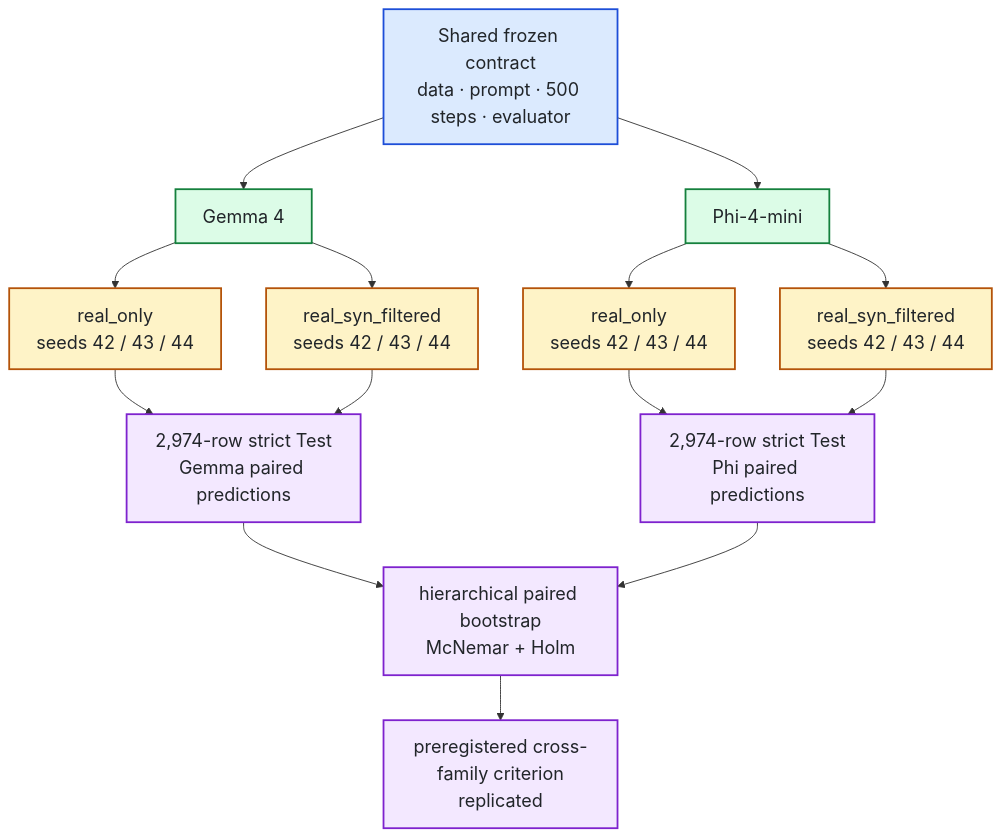
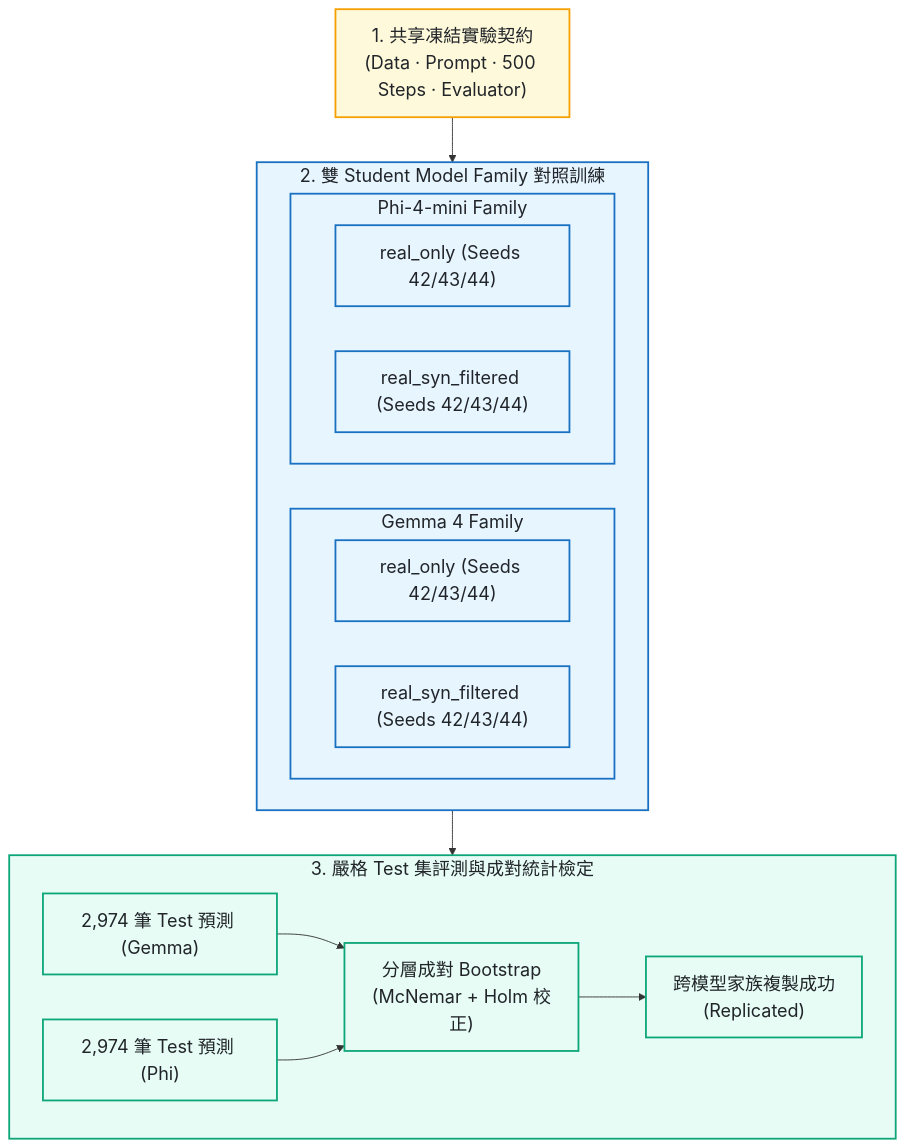
One commit to kuotunyu/FormosaNLU-Synth changed the second of 2 diagrams in README.md. Above: the diagram before and after it, drawn with Mermaid. The commit also changed other lines of this file, not shown here.

Commit message:
docs: upgrade flowcharts to Hybrid TD+LR layout with Traditional Chinese prose and English technical terms

````diff
--- a/README.md
+++ b/README.md
@@ -128,30 +131,32 @@
 ```mermaid
 %%{init: {'themeVariables': {'fontSize': '20px'}}}%%
-flowchart TB
-    Contract["Shared frozen contract<br/>data · prompt · 500 steps · evaluator"]
-    Gemma["Gemma 4"]
-    Phi["Phi-4-mini"]
-    GReal["real_only<br/>seeds 42 / 43 / 44"]
-    GSyn["real_syn_filtered<br/>seeds 42 / 43 / 44"]
-    PReal["real_only<br/>seeds 42 / 43 / 44"]
-    PSyn["real_syn_filtered<br/>seeds 42 / 43 / 44"]
-    GEval["2,974-row strict Test<br/>Gemma paired predictions"]
-    PEval["2,974-row strict Test<br/>Phi paired predictions"]
-    Stats["hierarchical paired bootstrap<br/>McNemar + Holm"]
-    Criterion["preregistered cross-family criterion<br/>replicated"]
+flowchart TD
+    Contract["1. 共享凍結實驗契約<br/>(Data · Prompt · 500 Steps · Evaluator)"] --> Models
 
-    Contract --> Gemma & Phi
-    Gemma --> GReal & GSyn --> GEval
-    Phi --> PReal & PSyn --> PEval
-    GEval & PEval --> Stats --> Criterion
+    subgraph Models ["2. 雙 Student Model Family 對照訓練"]
+        direction LR
+        subgraph GemmaGroup ["Gemma 4 Family"]
+            direction LR
+            GReal["real_only (Seeds 42/43/44)"] & GSyn["real_syn_filtered (Seeds 42/43/44)"]
+        end
+        subgraph PhiGroup ["Phi-4-mini Family"]
+            direction LR
+            PReal["real_only (Seeds 42/43/44)"] & PSyn["real_syn_filtered (Seeds 42/43/44)"]
+        end
+    end
 
-    classDef contract fill:#DBEAFE,stroke:#1D4ED8,stroke-width:2px,color:#212529
-    classDef model fill:#DCFCE7,stroke:#15803D,stroke-width:2px,color:#212529
-    classDef arm fill:#FEF3C7,stroke:#B45309,stroke-width:2px,color:#212529
-    classDef evidence fill:#F3E8FF,stroke:#7E22CE,stroke-width:2px,color:#212529
-    
-    class Contract contract
-    class Gemma,Phi model
-    class GReal,GSyn,PReal,PSyn arm
-    class GEval,PEval,Stats,Criterion evidence
+    Models --> EvalStage
+
+    subgraph EvalStage ["3. 嚴格 Test 集評測與成對統計檢定"]
+        direction LR
+        GEval["2,974 筆 Test 預測 (Gemma)"] & PEval["2,974 筆 Test 預測 (Phi)"] --> Stats["分層成對 Bootstrap<br/>(McNemar + Holm 校正)"] --> Criterion["跨模型家族複製成功<br/>(Replicated)"]
+    end
+
+    classDef contractStyle fill:#fff9db,stroke:#f59f00,stroke-width:2px,color:#212529
+    classDef modelStyle fill:#e7f5ff,stroke:#1971c2,stroke-width:2px,color:#212529
+    classDef evalStyle fill:#e6fcf5,stroke:#0ca678,stroke-width:2px,color:#212529
+
+    class Contract contractStyle
+    class Models,GemmaGroup,PhiGroup,GReal,GSyn,PReal,PSyn modelStyle
+    class EvalStage,GEval,PEval,Stats,Criterion evalStyle
 ```
````
